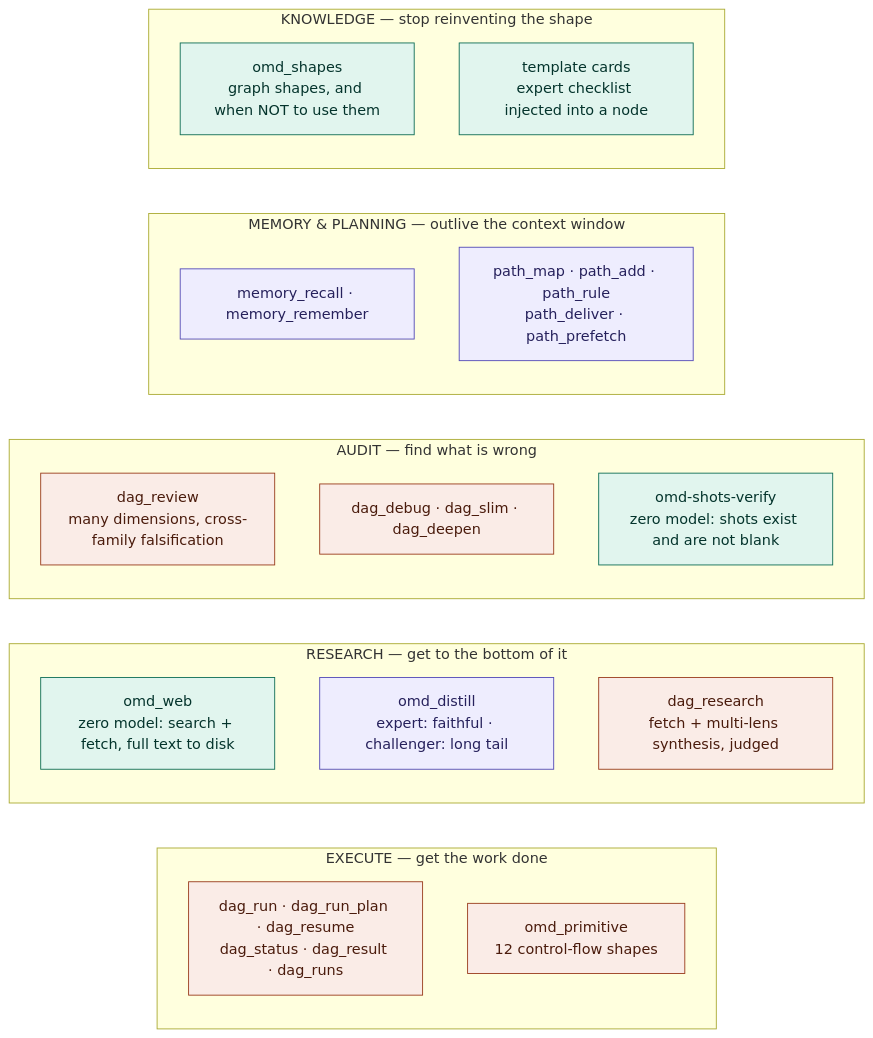
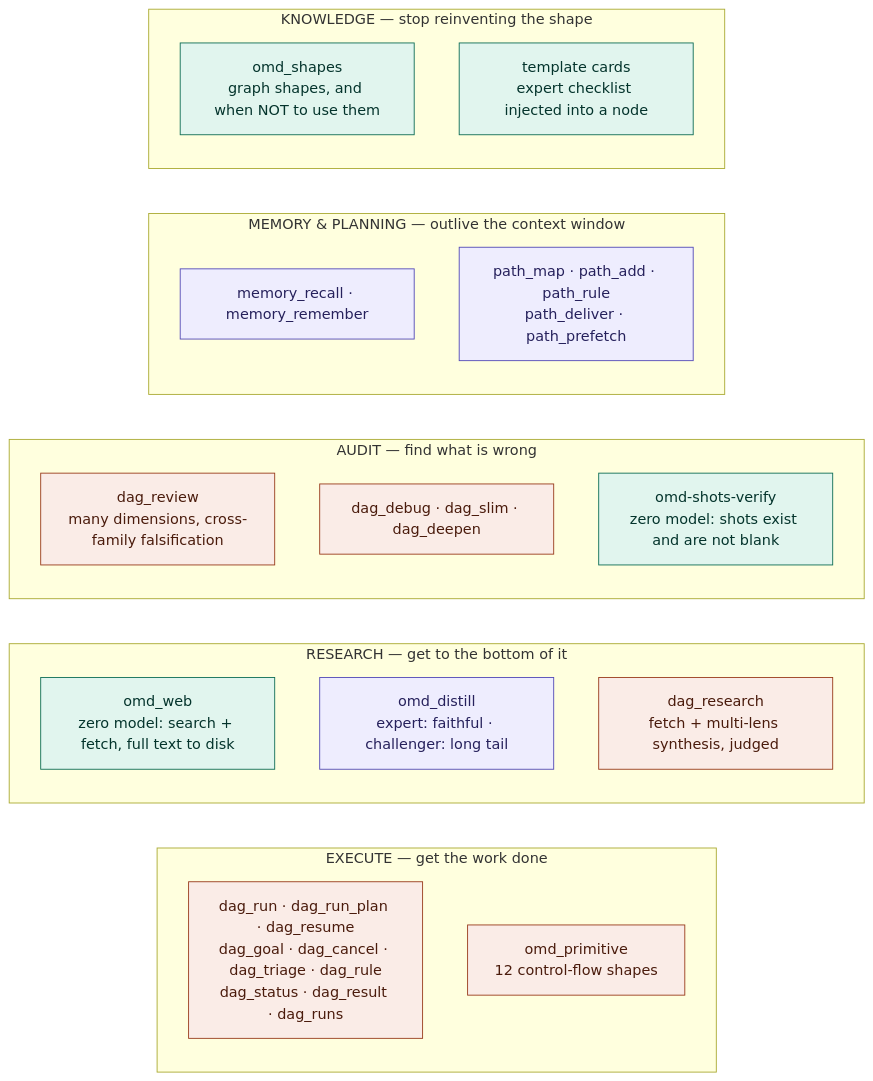
The second of 5 diagrams in README.zh-CN.md (AbyssCN/oh-my-dag), drawn with Mermaid before and after one commit. The commit also changed other lines of this file and 1 other file, not shown here.

First line of the commit message:
docs: README 对齐现状 (16 座位/38 工具/19 skills · dag_goal/dag_cancel/dag_triage/dag_rule 补进能力图)

````diff
--- a/README.zh-CN.md
+++ b/README.zh-CN.md
@@ -105,36 +106,36 @@
 ```mermaid
 flowchart LR
   subgraph EXEC["EXECUTE — get the work done"]
-    E1["dag_run · dag_run_plan · dag_resume<br/>dag_status · dag_result · dag_runs"]
+    E1["dag_run · dag_run_plan · dag_resume<br/>dag_goal · dag_cancel · dag_triage · dag_rule<br/>dag_status · dag_result · dag_runs"]
     E2["omd_primitive<br/>12 control-flow shapes"]
   end
 
   subgraph RESEARCH["RESEARCH — get to the bottom of it"]
     R1["omd_web<br/>zero model: search + fetch, full text to disk"]
     R2["omd_distill<br/>expert: faithful · challenger: long tail"]
     R3["dag_research<br/>fetch + multi-lens synthesis, judged"]
   end
 
   subgraph AUDIT["AUDIT — find what is wrong"]
     A1["dag_review<br/>many dimensions, cross-family falsification"]
     A2["dag_debug · dag_slim · dag_deepen"]
     A3["omd-shots-verify<br/>zero model: shots exist and are not blank"]
   end
 
   subgraph MEMORY["MEMORY &amp; PLANNING — outlive the context window"]
     M1["memory_recall · memory_remember"]
     M2["path_map · path_add · path_rule<br/>path_deliver · path_prefetch"]
   end
 
   subgraph KNOW["KNOWLEDGE — stop reinventing the shape"]
     K1["omd_shapes<br/>graph shapes, and when NOT to use them"]
     K2["template cards<br/>expert checklist injected into a node"]
   end
 
   classDef llm fill:#EEEDFE,stroke:#534AB7,color:#26215C
   classDef zero fill:#E1F5EE,stroke:#0F6E56,color:#04342C
   classDef mixed fill:#FAECE7,stroke:#993C1D,color:#4A1B0C
   class E1,E2,R3,A1,A2 mixed
   class R1,A3,K1,K2 zero
   class R2,M1,M2 llm
 ```
````
